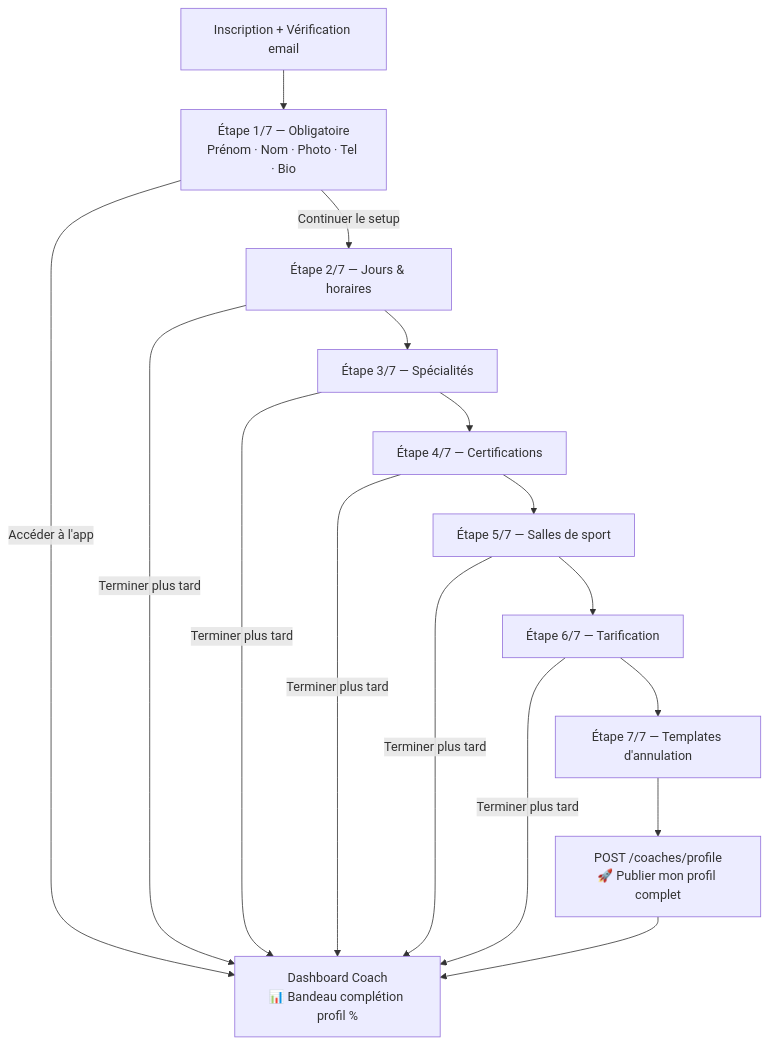
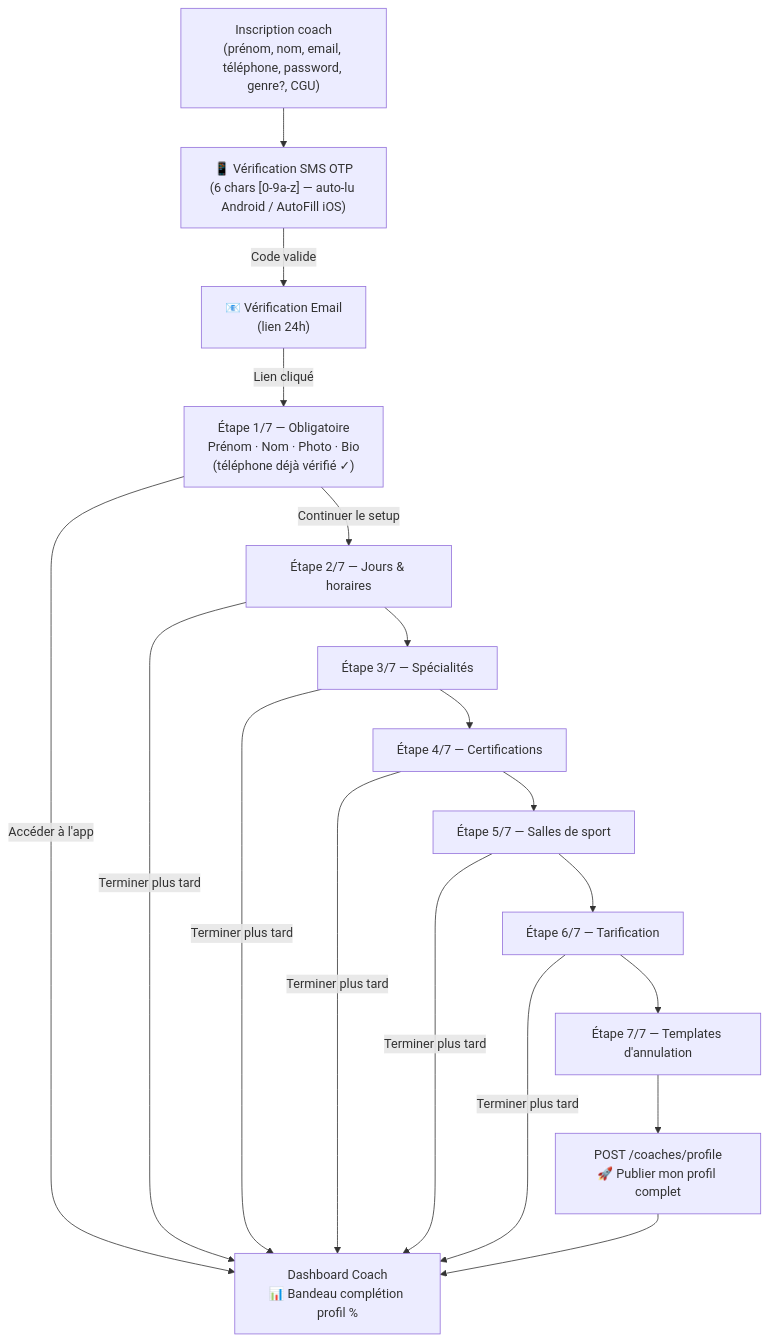
The third of 12 diagrams in docs/FLOWS_00_ARCHITECTURE.md (gaelgael5/mycoach), drawn with Mermaid before and after one commit. The commit also changed other lines of this file and 2 other files, not shown here.

````diff
--- a/docs/FLOWS_00_ARCHITECTURE.md
+++ b/docs/FLOWS_00_ARCHITECTURE.md
@@ -75,27 +75,30 @@
 ```mermaid
 flowchart TD
-    REG[Inscription + Vérification email] --> E1
+    REG["Inscription coach\n(prénom, nom, email, téléphone, password, genre?, CGU)"]
+    REG --> OTP["📱 Vérification SMS OTP\n(6 chars [0-9a-z] — auto-lu Android / AutoFill iOS)"]
+    OTP -->|Code valide| EMAILV["📧 Vérification Email\n(lien 24h)"]
+    EMAILV -->|Lien cliqué| E1
 
-    E1["Étape 1/7 — Obligatoire\nPrénom · Nom · Photo · Tel · Bio"] -->|Accéder à l'app| DASH
+    E1["Étape 1/7 — Obligatoire\nPrénom · Nom · Photo · Bio\n(téléphone déjà vérifié ✓)"] -->|Accéder à l'app| DASH
     E1 -->|Continuer le setup| E2
 
     E2["Étape 2/7 — Jours & horaires"] -->|Terminer plus tard| DASH
     E2 --> E3
 
     E3["Étape 3/7 — Spécialités"] -->|Terminer plus tard| DASH
     E3 --> E4
 
     E4["Étape 4/7 — Certifications"] -->|Terminer plus tard| DASH
     E4 --> E5
 
     E5["Étape 5/7 — Salles de sport"] -->|Terminer plus tard| DASH
     E5 --> E6
 
     E6["Étape 6/7 — Tarification"] -->|Terminer plus tard| DASH
     E6 --> E7
 
     E7["Étape 7/7 — Templates d'annulation"] --> PUB
     PUB["POST /coaches/profile\n🚀 Publier mon profil complet"] --> DASH
 
     DASH[Dashboard Coach\n📊 Bandeau complétion profil %]
 ```
````
